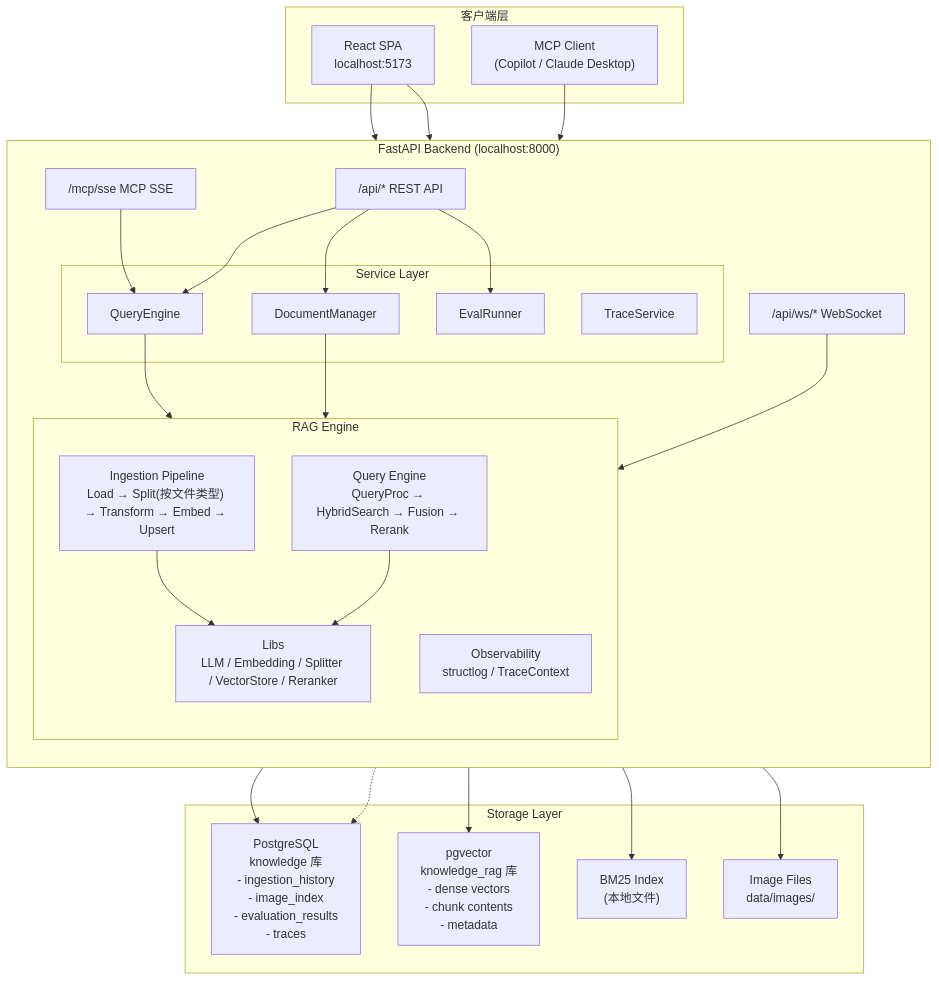
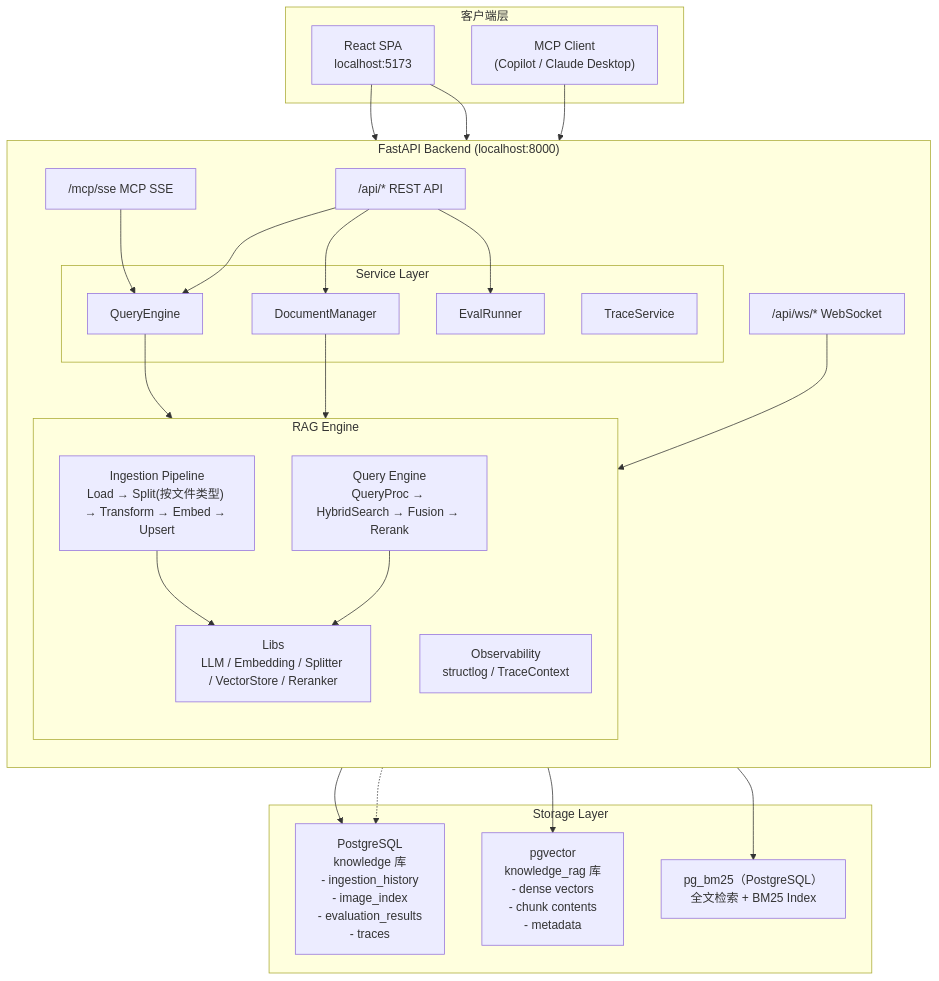
Before and after one commit to vic-ai-dev/knowledge-service: the tenth of 13 diagrams in DEV_SPEC.md, drawn with Mermaid. The commit also changed other lines of this file and 89 other files, not shown here.

````diff
--- a/DEV_SPEC.md
+++ b/DEV_SPEC.md
@@ -808,54 +1042,52 @@
 ```mermaid
 flowchart TB
     subgraph Clients["客户端层"]
         REACT["React SPA<br/>localhost:5173"]
         MCPC["MCP Client<br/>(Copilot / Claude Desktop)"]
     end
 
     subgraph FastAPI["FastAPI Backend (localhost:8000)"]
         direction TB
         API["/api/* REST API"]
         MCP_SSE["/mcp/sse MCP SSE"]
         WS_CH["/api/ws/* WebSocket"]
 
         subgraph Service["Service Layer"]
             DM["DocumentManager"]
             QE["QueryEngine"]
             ER["EvalRunner"]
             TS["TraceService"]
         end
 
         subgraph RAG["RAG Engine"]
             direction TB
             ING["Ingestion Pipeline<br/>Load → Split(按文件类型) → Transform → Embed → Upsert"]
             QRY["Query Engine<br/>QueryProc → HybridSearch → Fusion → Rerank"]
             LIBS["Libs<br/>LLM / Embedding / Splitter / VectorStore / Reranker"]
             OBS["Observability<br/>structlog / TraceContext"]
         end
     end
 
     subgraph Storage["Storage Layer"]
         PG["PostgreSQL<br/>knowledge 库<br/>- ingestion_history<br/>- image_index<br/>- evaluation_results<br/>- traces"]
         PGV["pgvector<br/>knowledge_rag 库<br/>- dense vectors<br/>- chunk contents<br/>- metadata"]
-        BM25["BM25 Index<br/>(本地文件)"]
-        IMG["Image Files<br/>data/images/"]
+        BM25["pg_bm25（PostgreSQL）<br/>全文检索 + BM25 Index"]
     end
 
     REACT --> API
     REACT --> WS_CH
     MCPC --> MCP_SSE
     API --> DM
     API --> QE
     API --> ER
     MCP_SSE --> QE
     WS_CH --> ING
     DM --> ING
     QE --> QRY
     ING --> LIBS
     QRY --> LIBS
     LIBS --> PG
     LIBS --> PGV
     ING --> BM25
-    ING --> IMG
     OBS -.-> PG
 ```
````
